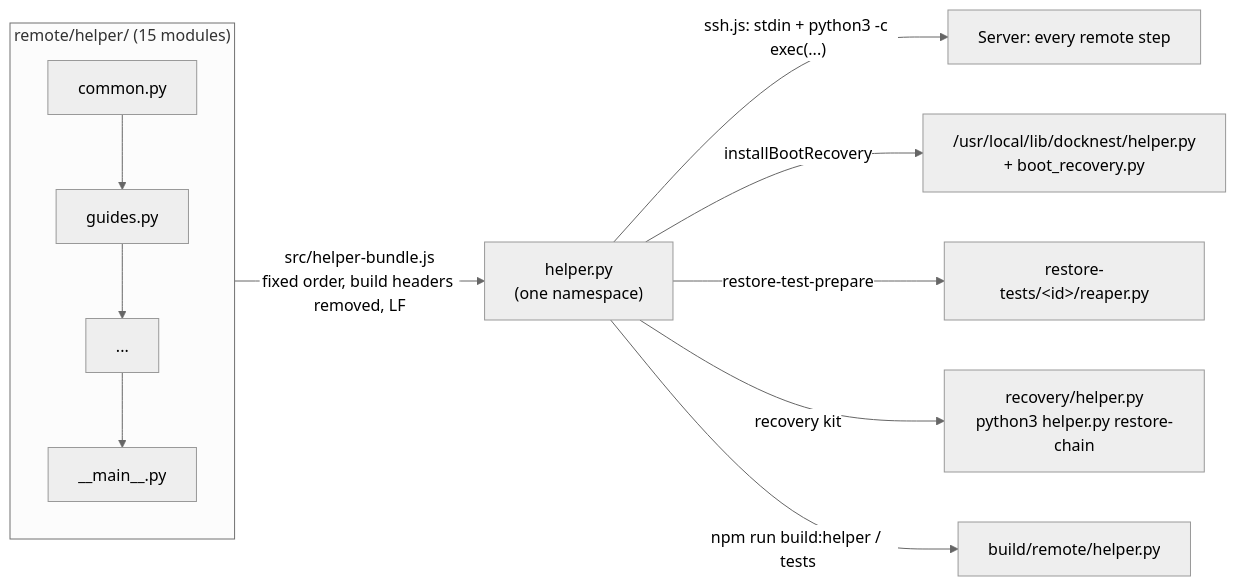
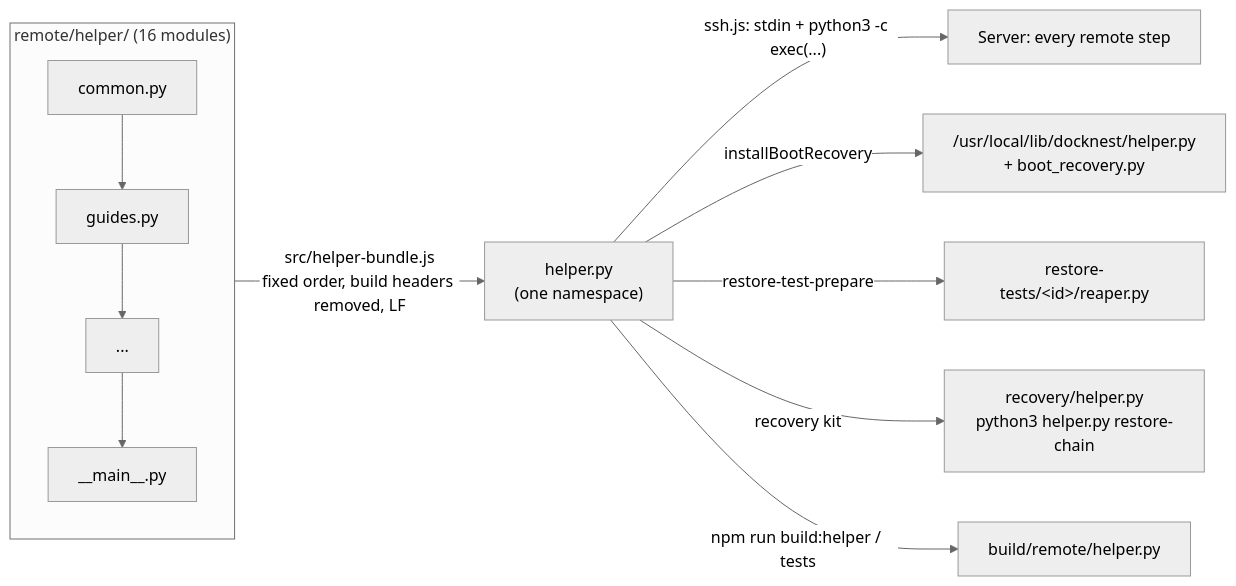
One commit to DahanItamar/DockNest changed the first of 3 diagrams in docs/remote-helper.md. Above: the diagram before and after it, drawn with Mermaid (neutral theme). The commit also changed other lines of this file and 2 other files, not shown here.

Commit message:
docs: server cleanup guide and changelog entry

````diff
--- a/docs/remote-helper.md
+++ b/docs/remote-helper.md
@@ -41,12 +42,12 @@
 ```mermaid
 flowchart LR
-  subgraph Source["remote/helper/ (15 modules)"]
+  subgraph Source["remote/helper/ (16 modules)"]
     M1[common.py] --> M2[guides.py] --> M3[...] --> M15[__main__.py]
   end
   Source -->|"src/helper-bundle.js<br/>fixed order, build headers removed, LF"| B["helper.py<br/>(one namespace)"]
   B -->|"ssh.js: stdin + python3 -c exec(...)"| S[Server: every remote step]
   B -->|"installBootRecovery"| R["/usr/local/lib/docknest/helper.py<br/>+ boot_recovery.py"]
   B -->|"restore-test-prepare"| P["restore-tests/&lt;id&gt;/reaper.py"]
   B -->|"recovery kit"| K["recovery/helper.py<br/>python3 helper.py restore-chain"]
   B -->|"npm run build:helper / tests"| D[build/remote/helper.py]
 ```
````
